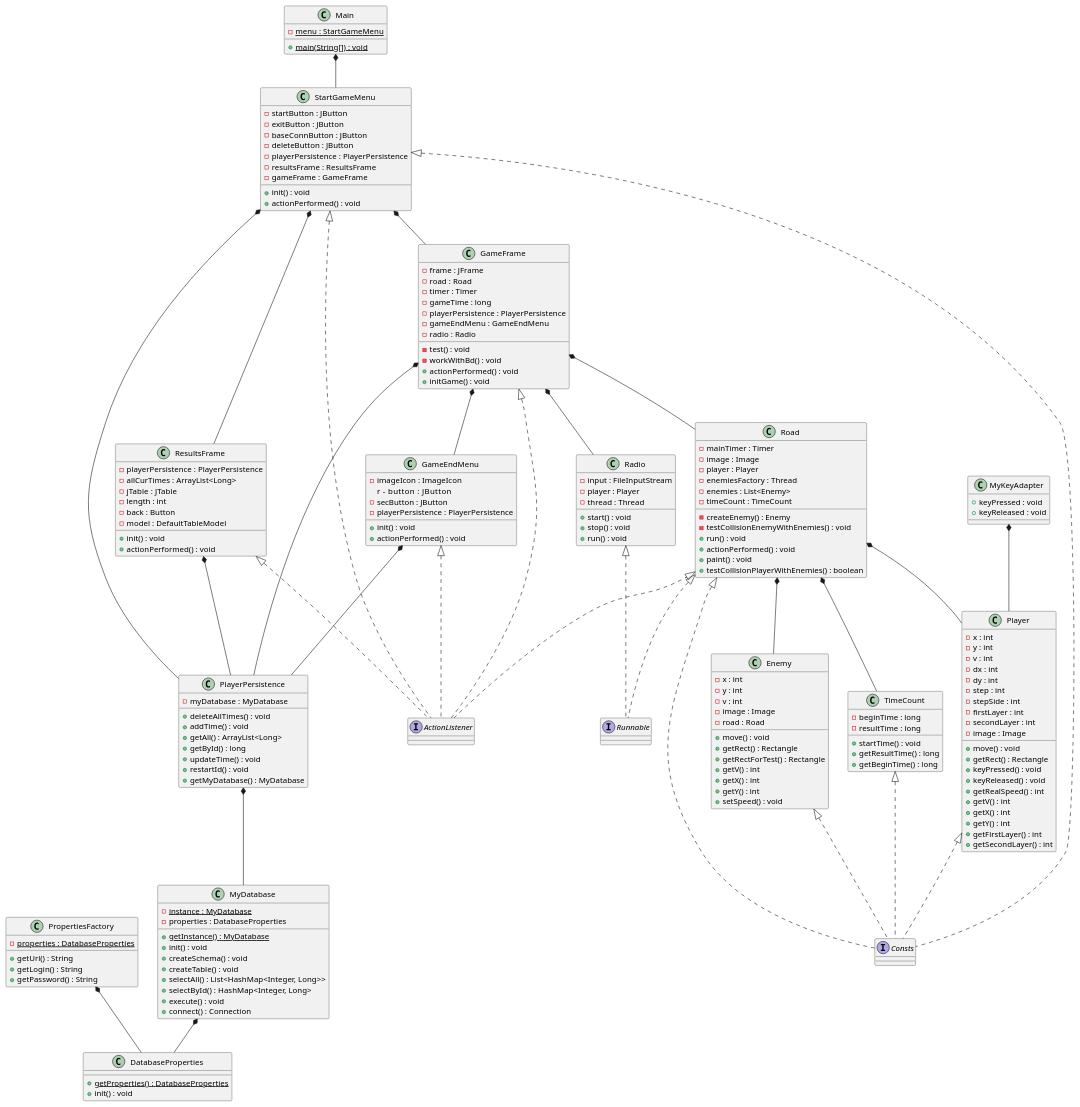
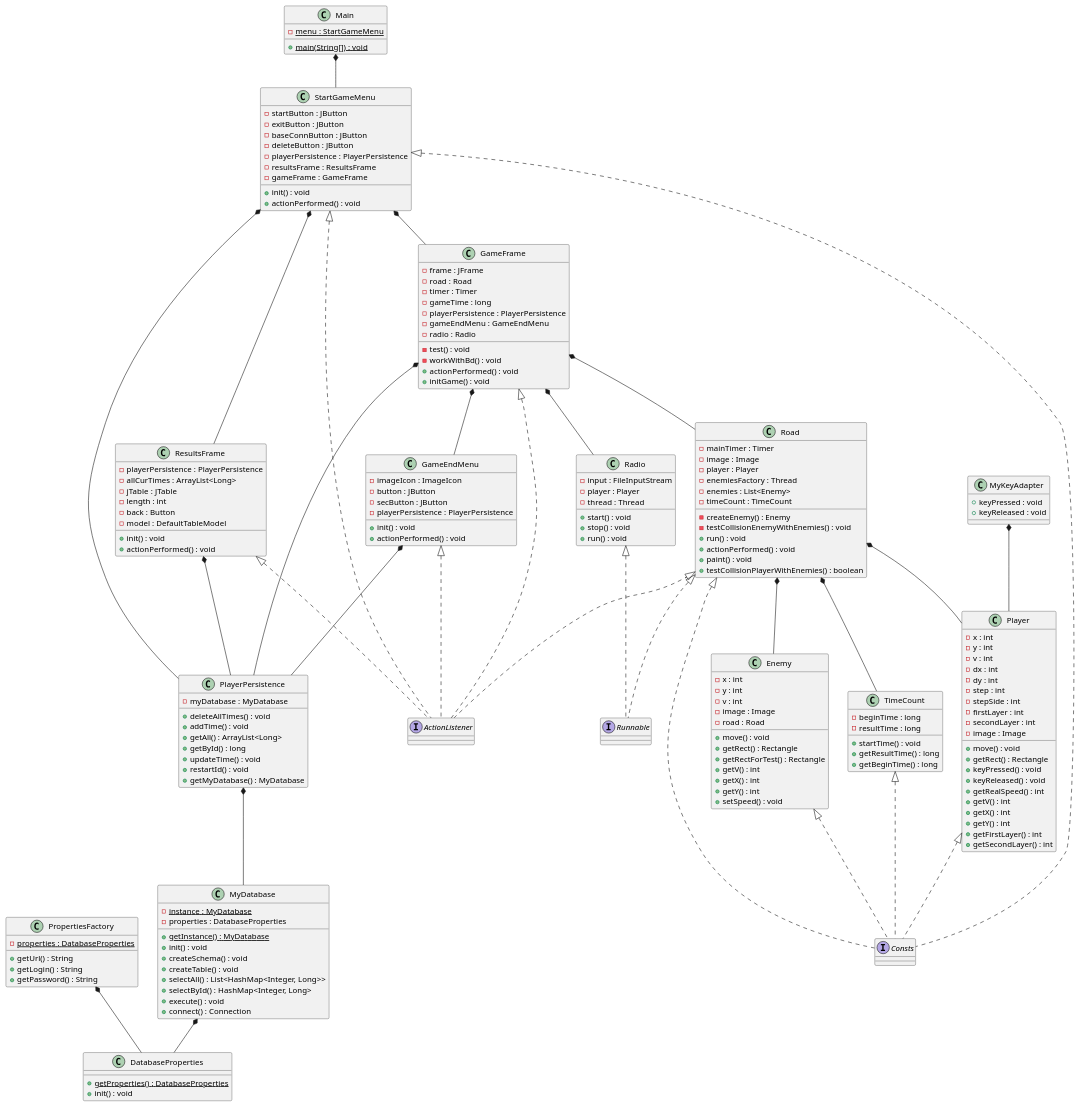
Before and after one commit to VanVagn/RaceGame: the diagram in src/main/resources/uml/player.puml, drawn with PlantUML.

Commit message:
correcting uml

```diff
--- a/src/main/resources/uml/player.puml
+++ b/src/main/resources/uml/player.puml
@@ -46,7 +46,7 @@
 
 class GameEndMenu {
     - imageIcon : ImageIcon
-r    - button : JButton
+    - button : JButton
     - secButton : JButton
     - playerPersistence : PlayerPersistence
     + init() : void
```
